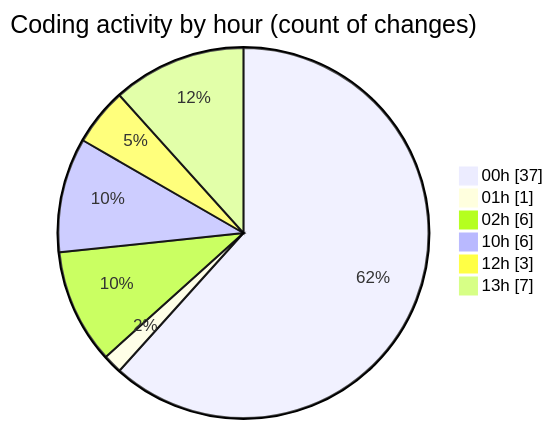
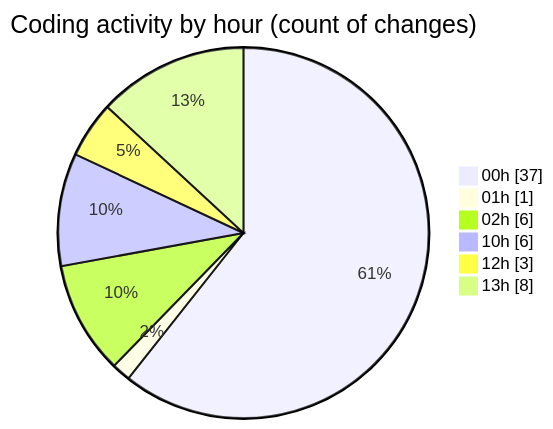
Before and after one commit to julien-gomy/code-tracking: the second of 2 diagrams in 2025-11-20/eventscop-frontend-guide__workspace_/README.md, drawn with Mermaid. The commit also changed other lines of this file and 1 other file, not shown here.

````diff
--- a/2025-11-20/eventscop-frontend-guide__workspace_/README.md
+++ b/2025-11-20/eventscop-frontend-guide__workspace_/README.md
@@ -47,10 +48,10 @@
 ```mermaid
 pie showData
 title Coding activity by hour (count of changes)
 "00h" : 37
 "01h" : 1
 "02h" : 6
 "10h" : 6
 "12h" : 3
-"13h" : 7
+"13h" : 8
 ```
````
